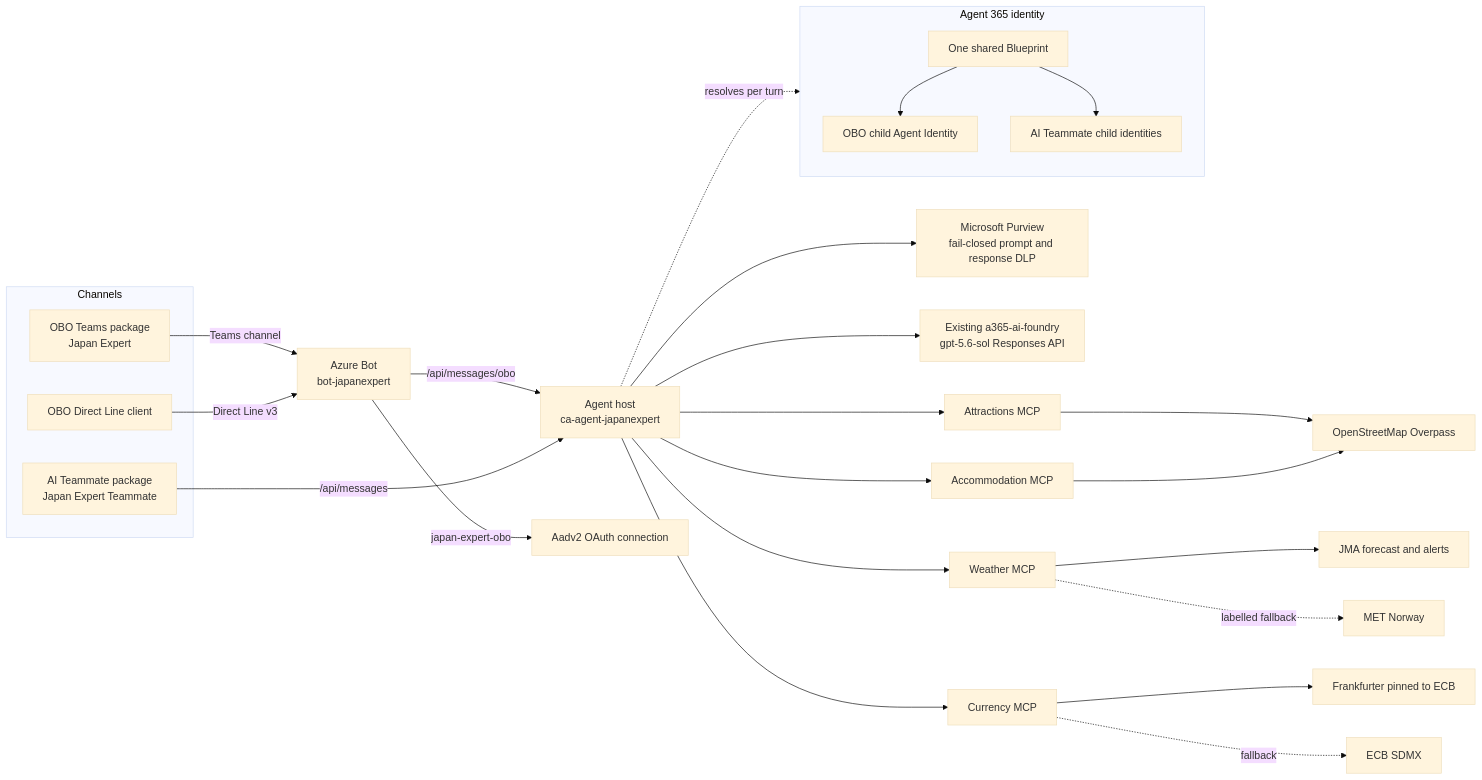
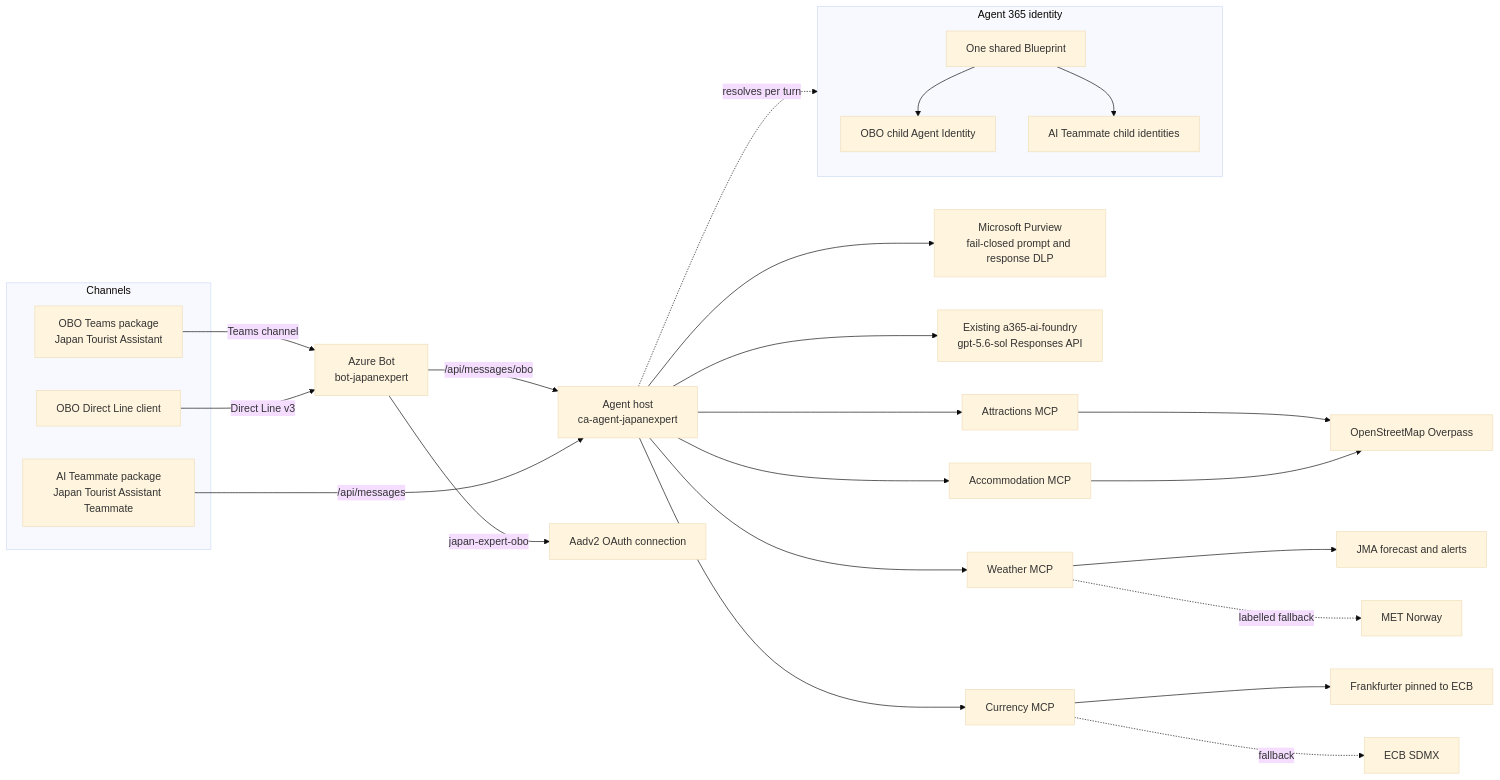
The diagram in README.md (patrick-shim/a365-custom-agents), drawn with Mermaid (base theme) before and after one commit. The commit also changed other lines of this file and 58 other files, not shown here.

````diff
--- a/README.md
+++ b/README.md
@@ -30,34 +30,34 @@
 ```mermaid
 flowchart LR
   subgraph Channels
-    Teams[OBO Teams package<br/>Japan Expert]
+    Teams[OBO Teams package<br/>Japan Tourist Assistant]
     Direct[OBO Direct Line client]
-    Teammate[AI Teammate package<br/>Japan Expert Teammate]
+    Teammate[AI Teammate package<br/>Japan Tourist Assistant Teammate]
   end
 
   Teams -->|Teams channel| Bot[Azure Bot<br/>bot-japanexpert]
   Direct -->|Direct Line v3| Bot
   Bot -->|/api/messages/obo| Host[Agent host<br/>ca-agent-japanexpert]
   Bot -->|japan-expert-obo| OAuth[Aadv2 OAuth connection]
   Teammate -->|/api/messages| Host
 
   subgraph Identity[Agent 365 identity]
     Blueprint[One shared Blueprint]
     Blueprint --> OboChild[OBO child Agent Identity]
     Blueprint --> TeammateChild[AI Teammate child identities]
   end
   Host -.resolves per turn.-> Identity
 
   Host --> Purview[Microsoft Purview<br/>fail-closed prompt and response DLP]
   Host --> Foundry[Existing a365-ai-foundry<br/>gpt-5.6-sol Responses API]
   Host --> Attractions[Attractions MCP]
   Host --> Weather[Weather MCP]
   Host --> Stay[Accommodation MCP]
   Host --> Currency[Currency MCP]
 
   Attractions & Stay --> OSM[OpenStreetMap Overpass]
   Weather --> JMA[JMA forecast and alerts]
   Weather -. labelled fallback .-> MetNo[MET Norway]
   Currency --> Frank[Frankfurter pinned to ECB]
   Currency -. fallback .-> ECB[ECB SDMX]
 ```
````
